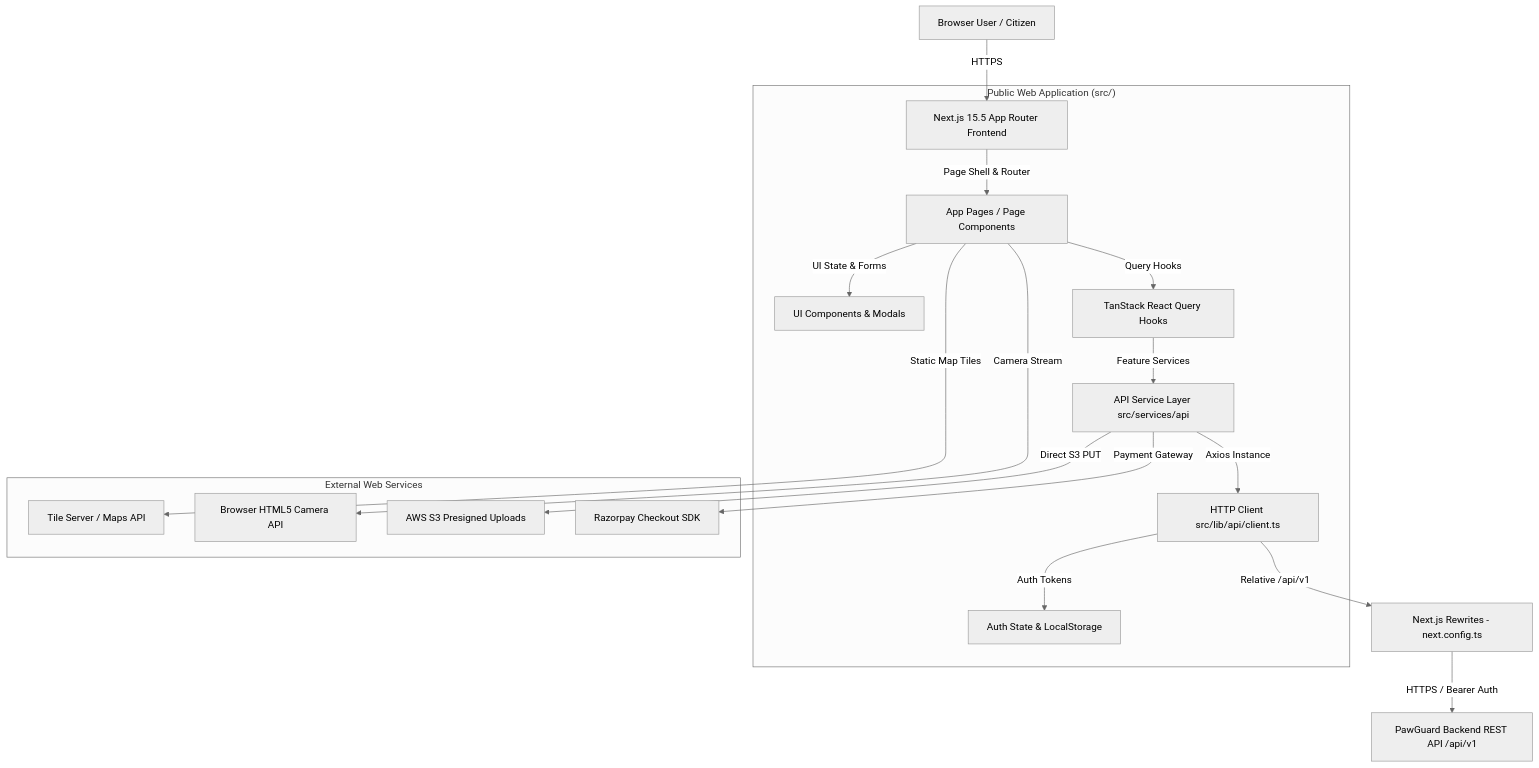
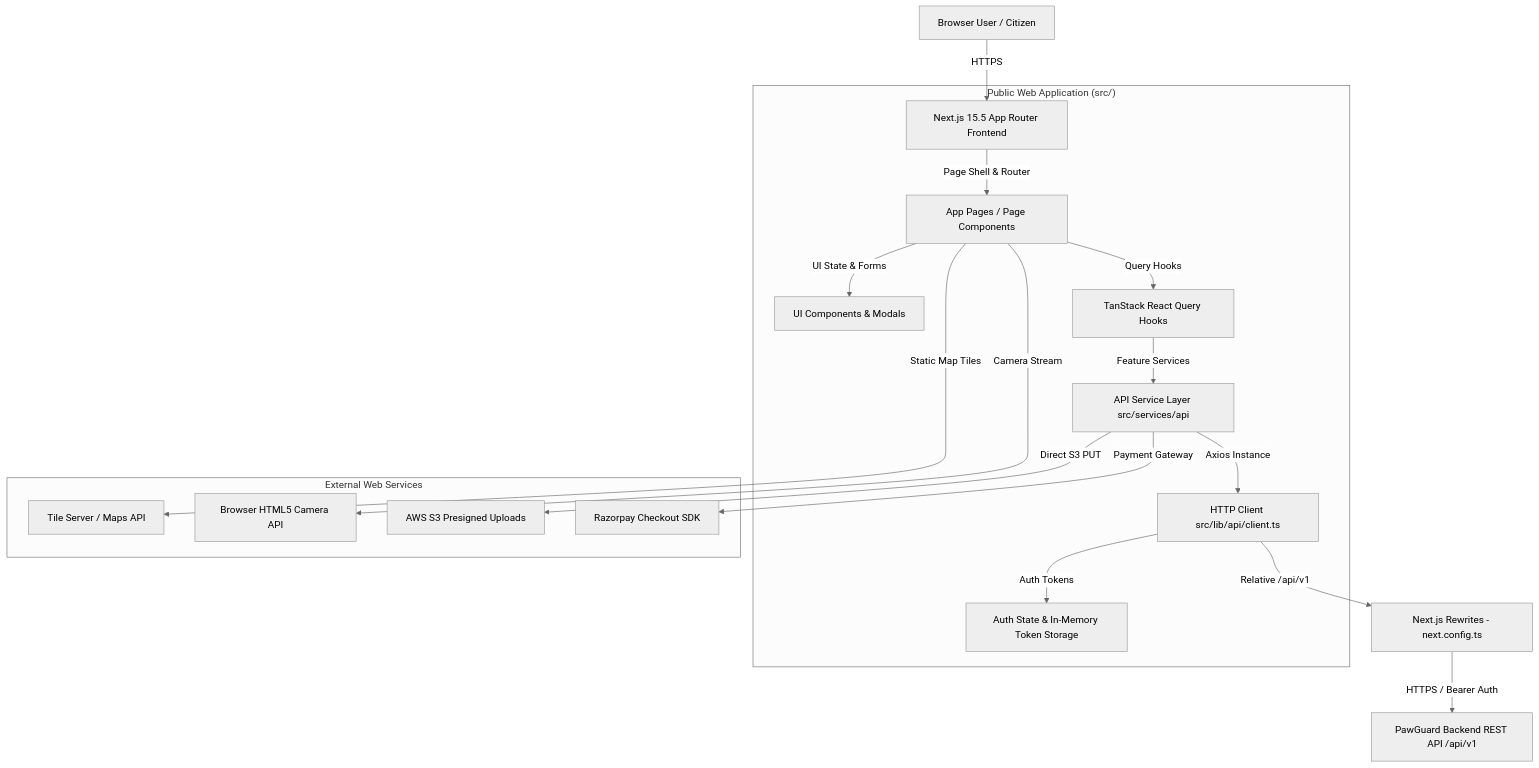
Before and after one commit to anilpreetham23/pawguard_web_v2: the diagram in docs/PAWGUARD_PUBLIC_WEB_DOCUMENTATION/01-system-architecture-and-api/README.md, drawn with Mermaid (neutral theme). The commit also changed 3 other files, not shown here.

````diff
--- a/docs/PAWGUARD_PUBLIC_WEB_DOCUMENTATION/01-system-architecture-and-api/README.md
+++ b/docs/PAWGUARD_PUBLIC_WEB_DOCUMENTATION/01-system-architecture-and-api/README.md
@@ -9,23 +9,23 @@
 ```mermaid
 graph TD
     User[Browser User / Citizen] -->|HTTPS| NextApp[Next.js 15.5 App Router Frontend]
 
     subgraph "Public Web Application (src/)"
         NextApp -->|Page Shell & Router| Pages[App Pages / Page Components]
         Pages -->|UI State & Forms| Components[UI Components & Modals]
         Pages -->|Query Hooks| QueryHooks[TanStack React Query Hooks]
         QueryHooks -->|Feature Services| APIServices[API Service Layer src/services/api]
         APIServices -->|Axios Instance| HTTPClient[HTTP Client src/lib/api/client.ts]
-        HTTPClient -->|Auth Tokens| AuthStore[Auth State & LocalStorage]
+        HTTPClient -->|Auth Tokens| AuthStore[Auth State & In-Memory Token Storage]
     end
 
     HTTPClient -->|Relative /api/v1| APIProxy[Next.js Rewrites - next.config.ts]
     APIProxy -->|HTTPS / Bearer Auth| BackendAPI[PawGuard Backend REST API /api/v1]
 
     subgraph "External Web Services"
         Pages -->|Static Map Tiles| OpenStreetMap[Tile Server / Maps API]
         Pages -->|Camera Stream| BrowserMedia[Browser HTML5 Camera API]
         APIServices -->|Direct S3 PUT| S3Storage[AWS S3 Presigned Uploads]
         APIServices -->|Payment Gateway| Razorpay[Razorpay Checkout SDK]
     end
 ```
````
